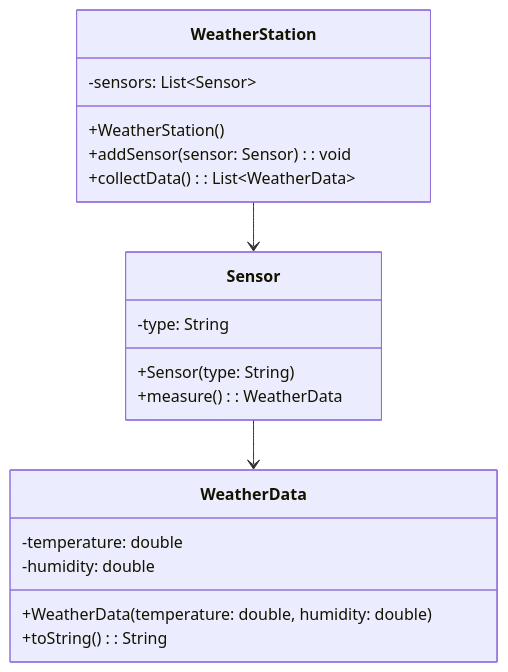
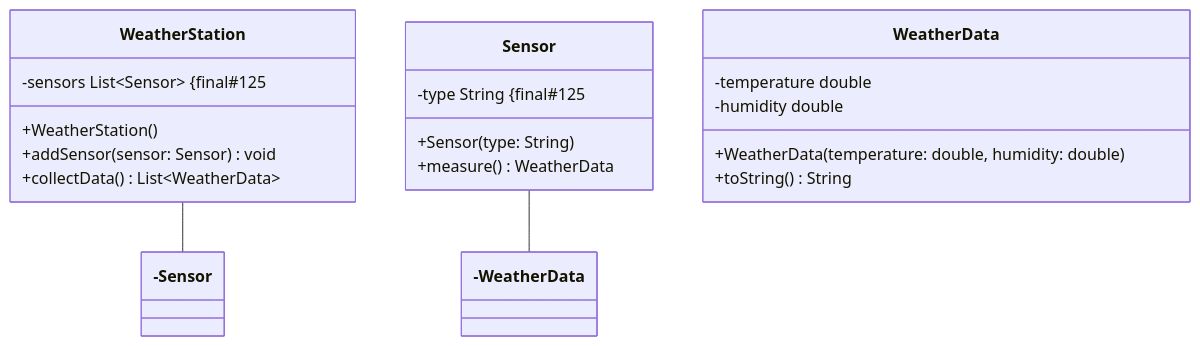
The fourth of 4 diagrams in scr/exercises/Programmieren1/SampleExam/ReadMe.md (wielandjan/java_helloWorld_1), drawn with Mermaid before and after one commit. The commit also changed other lines of this file and 1 other file, not shown here.

````diff
--- a/scr/exercises/Programmieren1/SampleExam/ReadMe.md
+++ b/scr/exercises/Programmieren1/SampleExam/ReadMe.md
@@ -166,25 +166,25 @@
 ```mermaid
 classDiagram
     class WeatherStation {
-        -sensors: List~Sensor~
+        -sensors List~Sensor~ #123;final#125
         +WeatherStation()
-        +addSensor(sensor: Sensor): void
-        +collectData(): List~WeatherData~
+        +addSensor(sensor: Sensor) void
+        +collectData() List~WeatherData~
     }
 
     class Sensor {
-        -type: String
+        -type String #123;final#125
         +Sensor(type: String)
-        +measure(): WeatherData
+        +measure() WeatherData
     }
 
     class WeatherData {
-        -temperature: double
-        -humidity: double
+        -temperature double
+        -humidity double
         +WeatherData(temperature: double, humidity: double)
-        +toString(): String
+        +toString() String
     }
 
-    WeatherStation --> Sensor
-    Sensor --> WeatherData
+    WeatherStation --- Sensor
+    Sensor --- WeatherData
 ```
````
